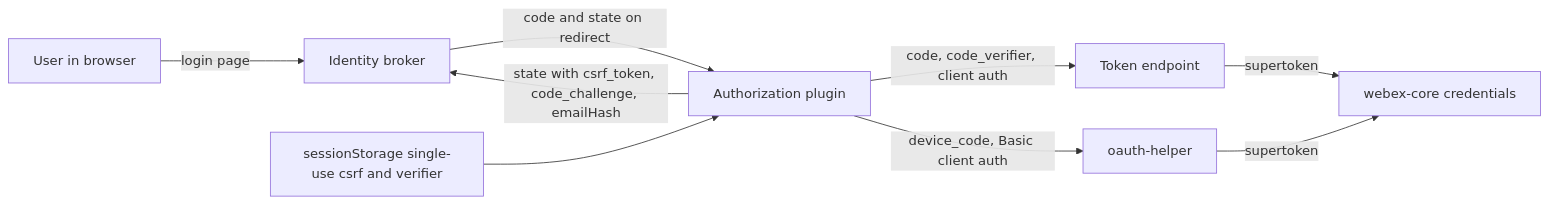
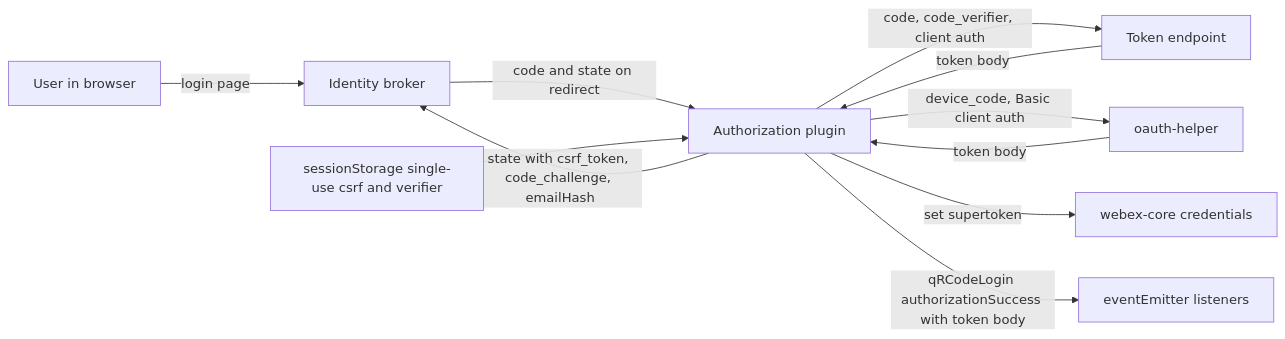
The third of 3 diagrams in packages/@webex/plugin-authorization-browser-first-party/docs/architecture.md (webex/webex-js-sdk), drawn with Mermaid before and after one commit. The commit also changed other lines of this file and 3 other files, not shown here.

````diff
--- a/packages/@webex/plugin-authorization-browser-first-party/docs/architecture.md
+++ b/packages/@webex/plugin-authorization-browser-first-party/docs/architecture.md
@@ -235,11 +237,13 @@
 ```mermaid
 flowchart LR
   User[User in browser] -->|login page| IdB[Identity broker]
   Auth[Authorization plugin] -->|state with csrf_token, code_challenge, emailHash| IdB
   IdB -->|code and state on redirect| Auth
   Store[sessionStorage single-use csrf and verifier] --> Auth
   Auth -->|code, code_verifier, client auth| Token[Token endpoint]
-  Token -->|supertoken| Cred[webex-core credentials]
+  Token -->|token body| Auth
   Auth -->|device_code, Basic client auth| Helper[oauth-helper]
-  Helper -->|supertoken| Cred
+  Helper -->|token body| Auth
+  Auth -->|set supertoken| Cred[webex-core credentials]
+  Auth -->|qRCodeLogin authorizationSuccess with token body| Listeners[eventEmitter listeners]
 ```
````
